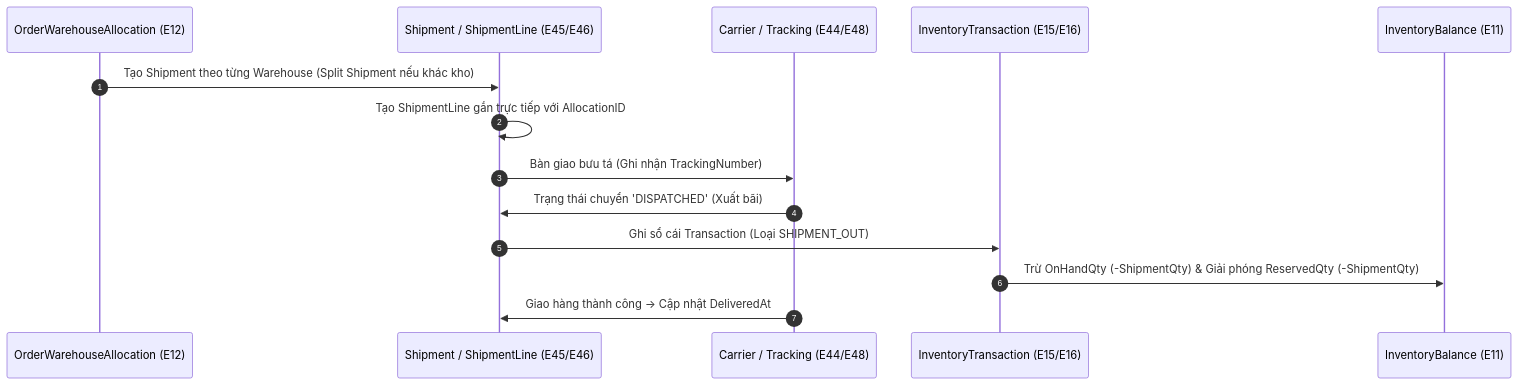
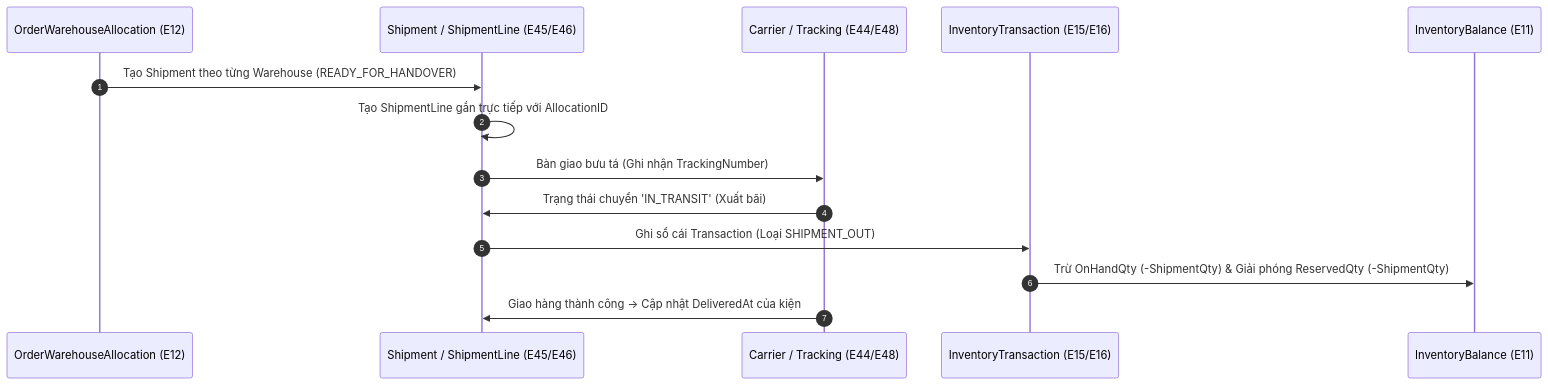
One commit to itzchugnn/RetailCore-E-commerce-Management-System changed the seventh of 14 diagrams in docs/Project-Progress-Report-Pre-M3.md. Above: the diagram before and after it, drawn with Mermaid. The commit also changed other lines of this file and 1 other file, not shown here.

First line of the commit message:
docs(m3): resolve pre-m3 architecture issues and upgrade progress report to v2.1

````diff
--- a/docs/Project-Progress-Report-Pre-M3.md
+++ b/docs/Project-Progress-Report-Pre-M3.md
@@ -289,17 +308,17 @@
 ```mermaid
 sequenceDiagram
     autonumber
     participant Alloc as OrderWarehouseAllocation (E12)
     participant Ship as Shipment / ShipmentLine (E45/E46)
     participant Carrier as Carrier / Tracking (E44/E48)
     participant Tx as InventoryTransaction (E15/E16)
     participant Inv as InventoryBalance (E11)
     
-    Alloc->>Ship: Tạo Shipment theo từng Warehouse (Split Shipment nếu khác kho)
+    Alloc->>Ship: Tạo Shipment theo từng Warehouse (READY_FOR_HANDOVER)
     Ship->>Ship: Tạo ShipmentLine gắn trực tiếp với AllocationID
     Ship->>Carrier: Bàn giao bưu tá (Ghi nhận TrackingNumber)
-    Carrier->>Ship: Trạng thái chuyển 'DISPATCHED' (Xuất bãi)
+    Carrier->>Ship: Trạng thái chuyển 'IN_TRANSIT' (Xuất bãi)
     Ship->>Tx: Ghi sổ cái Transaction (Loại SHIPMENT_OUT)
     Tx->>Inv: Trừ OnHandQty (-ShipmentQty) & Giải phóng ReservedQty (-ShipmentQty)
-    Carrier->>Ship: Giao hàng thành công -> Cập nhật DeliveredAt
+    Carrier->>Ship: Giao hàng thành công -> Cập nhật DeliveredAt của kiện
 ```
````
